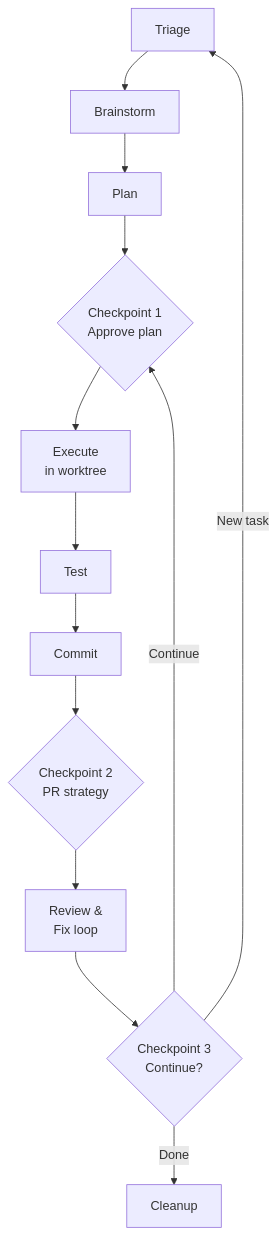
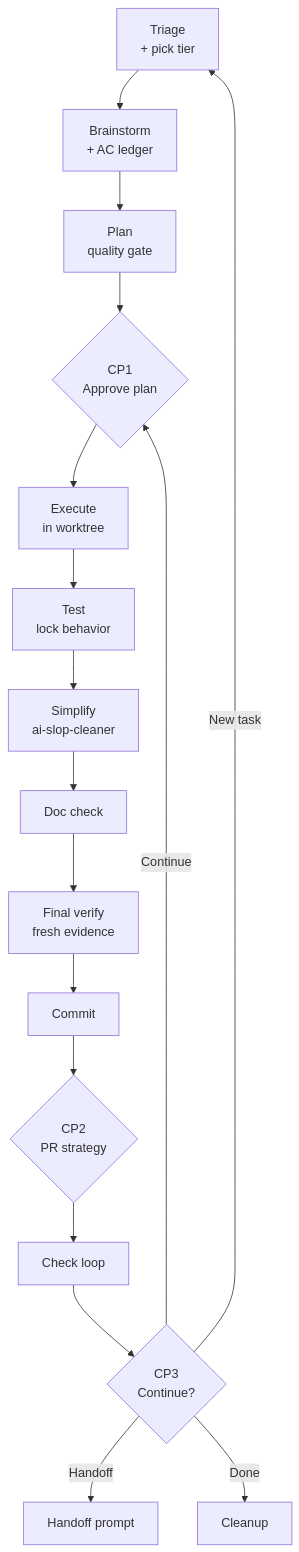
One commit to ANaka/work-cycle changed the diagram in README.md. Above: the diagram before and after it, drawn with Mermaid. The commit also changed other lines of this file and 2 other files, not shown here.

````diff
--- a/README.md
+++ b/README.md
@@ -38,15 +38,19 @@
 ```mermaid
 graph TD
-    A[Triage] --> B[Brainstorm]
-    B --> C[Plan]
-    C --> D{Checkpoint 1\nApprove plan}
-    D --> E[Execute\nin worktree]
-    E --> F[Test]
-    F --> G[Commit]
-    G --> H{Checkpoint 2\nPR strategy}
-    H --> I[Review &\nFix loop]
-    I --> J{Checkpoint 3\nContinue?}
-    J -->|New task| A
-    J -->|Continue| D
-    J -->|Done| K[Cleanup]
+    A[Triage<br/>+ pick tier] --> B[Brainstorm<br/>+ AC ledger]
+    B --> C[Plan<br/>quality gate]
+    C --> D{CP1<br/>Approve plan}
+    D --> E[Execute<br/>in worktree]
+    E --> F[Test<br/>lock behavior]
+    F --> G[Simplify<br/>ai-slop-cleaner]
+    G --> H[Doc check]
+    H --> I[Final verify<br/>fresh evidence]
+    I --> J[Commit]
+    J --> K{CP2<br/>PR strategy}
+    K --> L[Check loop]
+    L --> M{CP3<br/>Continue?}
+    M -->|New task| A
+    M -->|Continue| D
+    M -->|Handoff| N[Handoff prompt]
+    M -->|Done| O[Cleanup]
 ```
````
